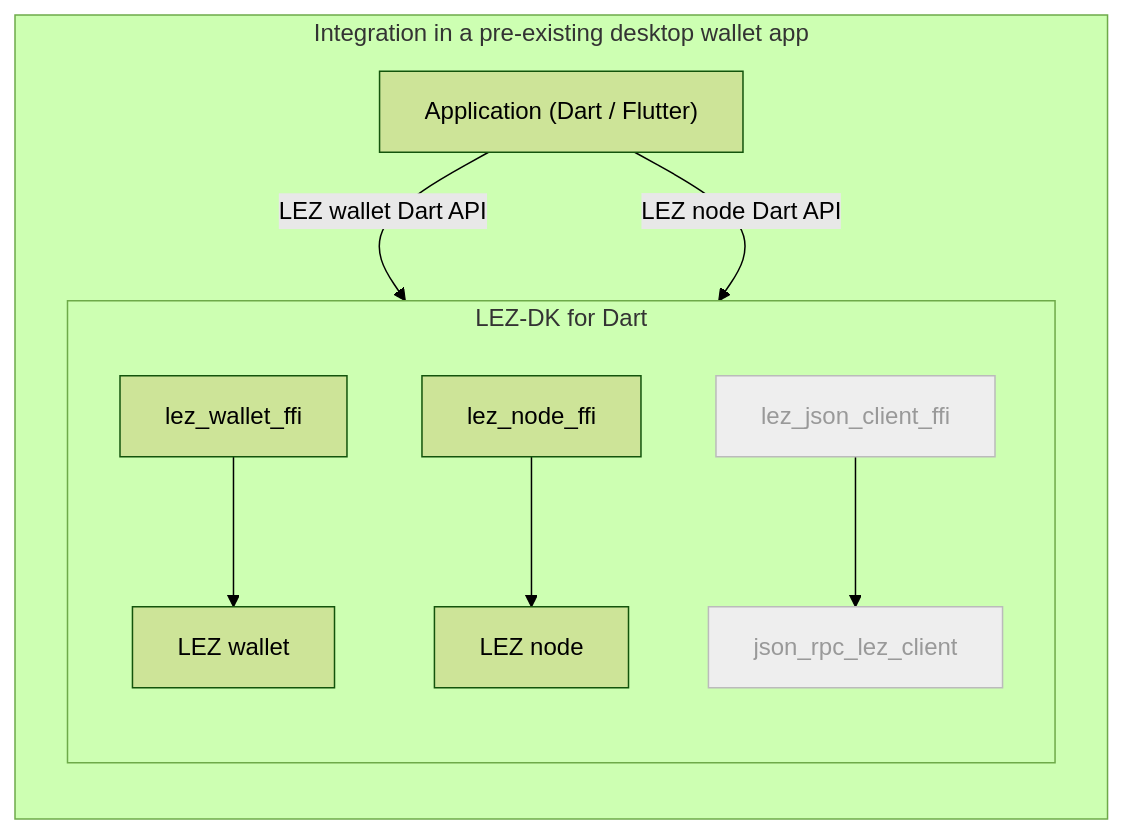
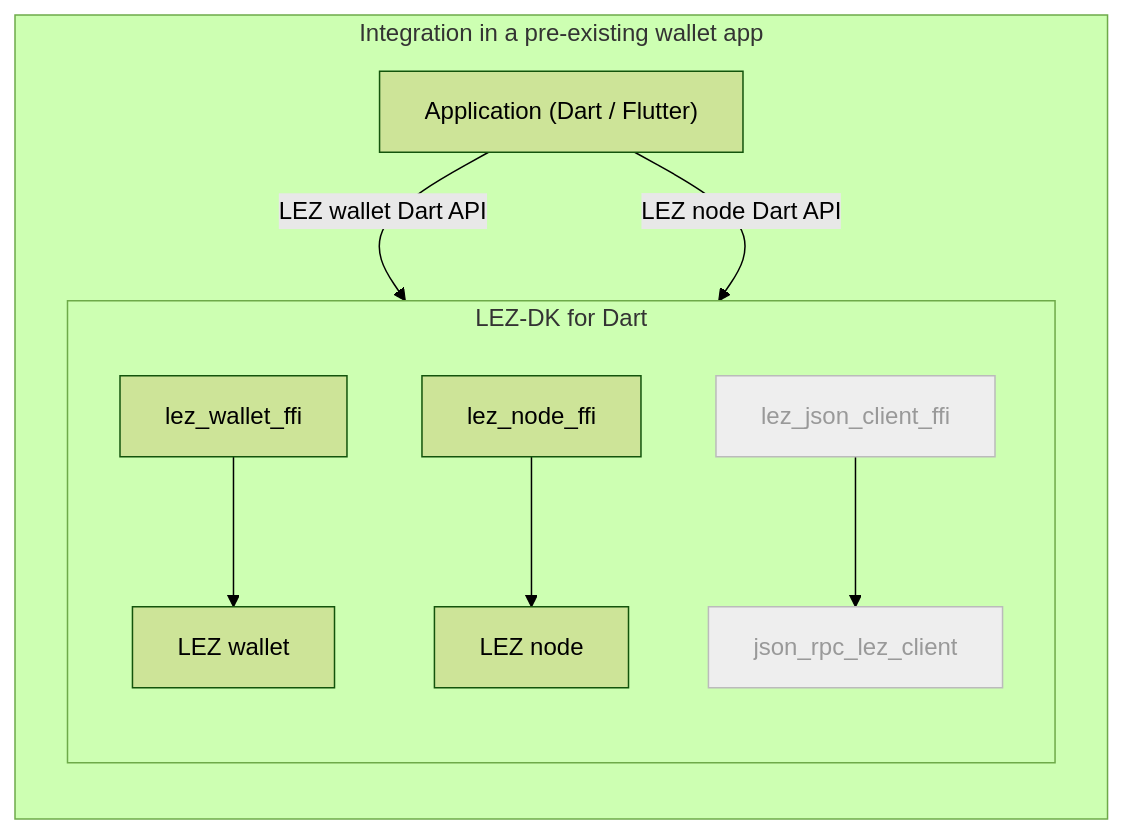
Before and after one commit to logos-co/rfp: the third of 3 diagrams in RFPs/RFP-027-lez-node-api.md, drawn with Mermaid (forest theme). The commit also changed other lines of this file, not shown here.

First line of the commit message:
Drop the Basecamp Android diagram and the desktop framing

````diff
--- a/RFPs/RFP-027-lez-node-api.md
+++ b/RFPs/RFP-027-lez-node-api.md
@@ -227,20 +229,20 @@
 ```mermaid
 flowchart TB
-  subgraph desktop["Integration in a pre-existing desktop wallet app"]
+  subgraph desktop["Integration in a pre-existing wallet app"]
     direction TB
     desktopApp["Application (Dart / Flutter)"]
 
     subgraph devkit["LEZ-DK for Dart"]
       direction TB
       walletFfi["lez_wallet_ffi"] --> walletLib["LEZ wallet"]
       nodeFfi["lez_node_ffi"] --> nodeLib["LEZ node"]
       jsonFfi["lez_json_client_ffi"] --> jsonClient["json_rpc_lez_client"]
     end
 
     desktopApp -- "LEZ wallet Dart API" --> walletFfi
     desktopApp -- "LEZ node Dart API" --> nodeFfi
   end
 
   style jsonFfi fill:#eeeeee,stroke:#bbbbbb,color:#999999
   style jsonClient fill:#eeeeee,stroke:#bbbbbb,color:#999999
 ```
````
